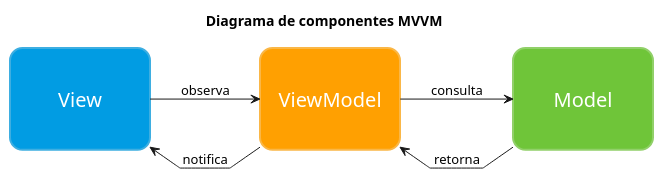
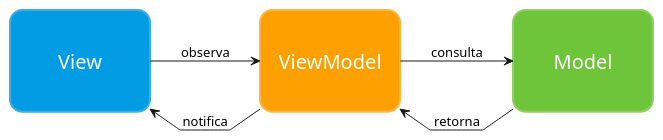
One commit to overdrive80/RecetasDigitales changed the diagram in diagramas/MVVM_2.puml. Above: the diagram before and after it, drawn with PlantUML. The commit also changed 8 other files, not shown here.

```diff
--- a/diagramas/MVVM_2.puml
+++ b/diagramas/MVVM_2.puml
@@ -1,62 +1,62 @@
 @startuml
 
-Title Diagrama de componentes MVVM
+'Title Diagrama de componentes MVVM
 
 skinparam Rectangle {
   Shadowing false
   RoundCorner 25
 }
 
 'Direccion del dibujo. left to right direction top to bottom direction
 left to right direction
 'Forzar lineas rectas
 skinparam linetype polyline
 skinparam nodesep 200
 
 
 <style>
     rectangle {
         LineThickness 2
         FontColor #white
         MinimumWidth 120
         MinimumHeight 80
         FontSize 20
         HorizontalAlignment center
 
             .transparente {
                 BackGroundColor #transparent
                 LineColor #transparent
                 FontColor #transparent
             }
             .viewmodel {
               BackGroundColor #ffa001
               LineColor #fab747
             }
             .view {
               BackGroundColor #019ce3
               LineColor #3eaee1
             }
             .model {
              BackGroundColor #6fc539
               LineColor #91d069
 
             }
     }
 
 
 </style>
 
 hide stereotype
 hide <<transparente>> stereotype
 rectangle "\nView\n" as VIEW <<view>>
 rectangle "\nViewModel\n" as VM <<viewmodel>>
 rectangle "\nModel\n" as MODEL <<model>>
 
 
 VIEW --> VM : "observa"
 VM --> VIEW : "notifica"
 
 VM --> MODEL : "consulta"
 MODEL --> VM : "retorna"
 
 @enduml
```
